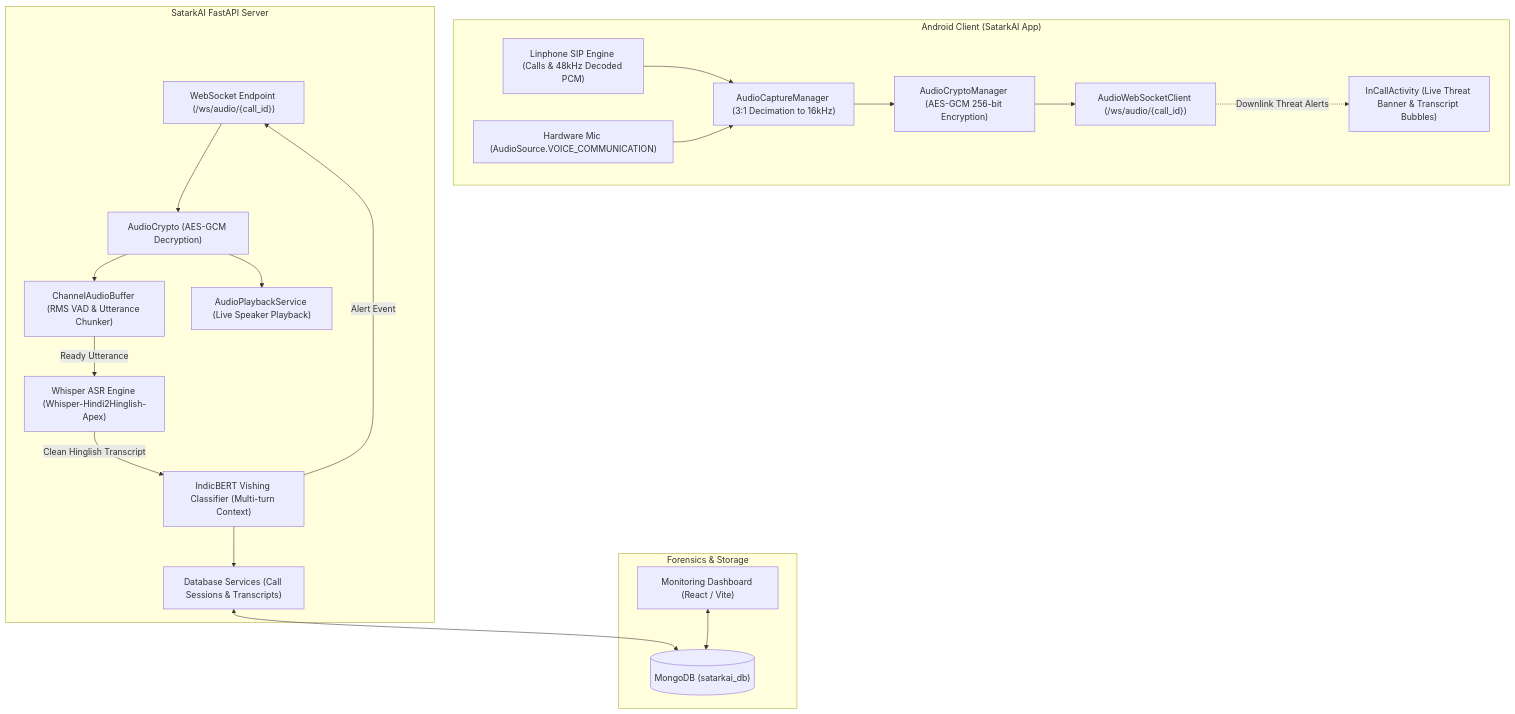
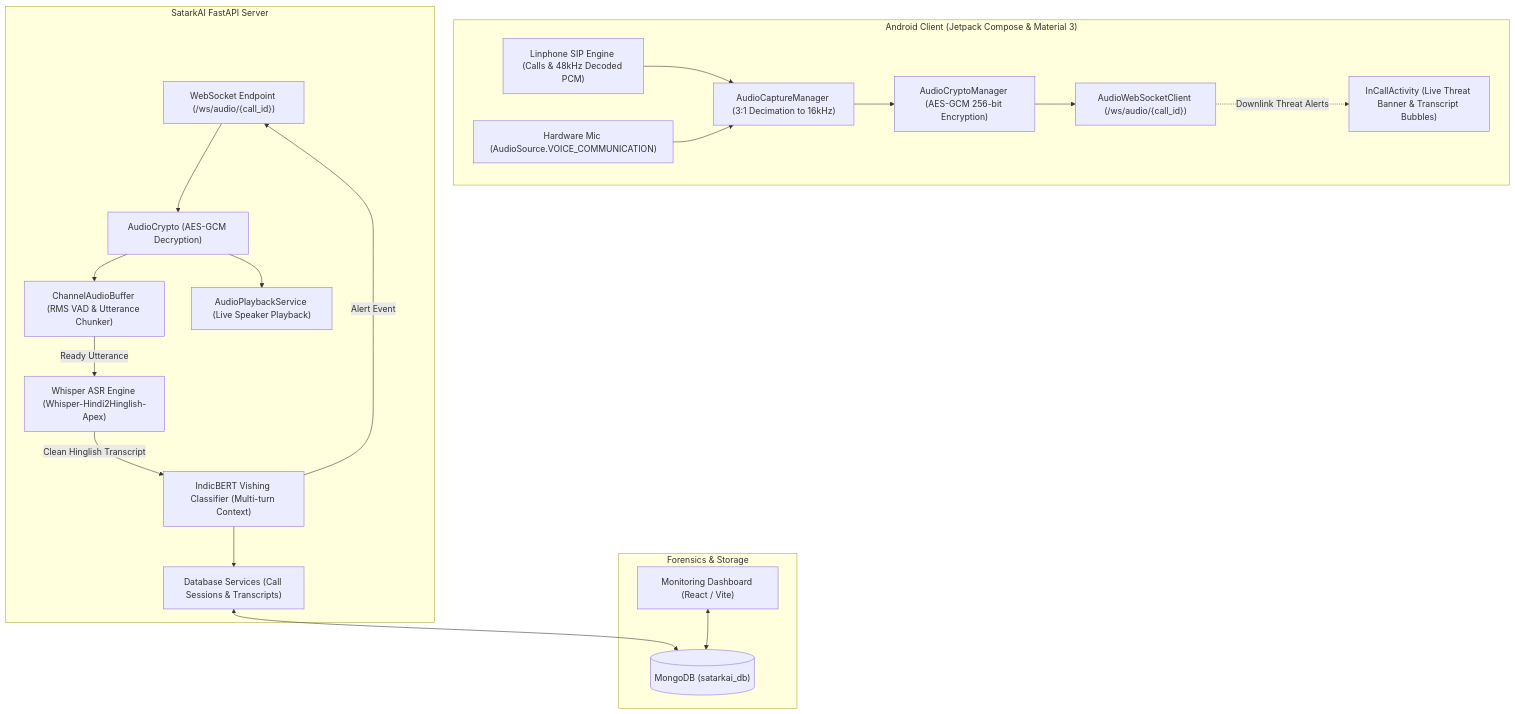
Before and after one commit to pradness/SatarkAI: the first of 2 diagrams in README.md, drawn with Mermaid. The commit also changed other lines of this file and 3 other files, not shown here.

````diff
--- a/README.md
+++ b/README.md
@@ -33,41 +33,41 @@
 ```mermaid
 flowchart TD
-    subgraph AndroidClient["Android Client (SatarkAI App)"]
+    subgraph AndroidClient["Android Client (Jetpack Compose & Material 3)"]
         Linphone["Linphone SIP Engine (Calls & 48kHz Decoded PCM)"]
         LocalMic["Hardware Mic (AudioSource.VOICE_COMMUNICATION)"]
         Capture["AudioCaptureManager (3:1 Decimation to 16kHz)"]
         CryptoEnc["AudioCryptoManager (AES-GCM 256-bit Encryption)"]
         WSClient["AudioWebSocketClient (/ws/audio/{call_id})"]
         UI["InCallActivity (Live Threat Banner & Transcript Bubbles)"]
 
         Linphone --> Capture
         LocalMic --> Capture
         Capture --> CryptoEnc --> WSClient
         WSClient -. Downlink Threat Alerts .-> UI
     end
 
     subgraph BackendServer["SatarkAI FastAPI Server"]
         WSServer["WebSocket Endpoint (/ws/audio/{call_id})"]
         CryptoDec["AudioCrypto (AES-GCM Decryption)"]
         VAD["ChannelAudioBuffer (RMS VAD & Utterance Chunker)"]
         Playback["AudioPlaybackService (Live Speaker Playback)"]
         Whisper["Whisper ASR Engine (Whisper-Hindi2Hinglish-Apex)"]
         IndicBERT["IndicBERT Vishing Classifier (Multi-turn Context)"]
         MongoService["Database Services (Call Sessions & Transcripts)"]
 
         WSServer --> CryptoDec --> VAD
         CryptoDec --> Playback
         VAD -->|Ready Utterance| Whisper
         Whisper -->|Clean Hinglish Transcript| IndicBERT
         IndicBERT --> MongoService
         IndicBERT -->|Alert Event| WSServer
     end
 
     subgraph StorageAndUI["Forensics & Storage"]
         MongoDB[("MongoDB (satarkai_db)")]
         Dashboard["Monitoring Dashboard (React / Vite)"]
 
         MongoService <--> MongoDB
         Dashboard <--> MongoDB
     end
 ```
````
